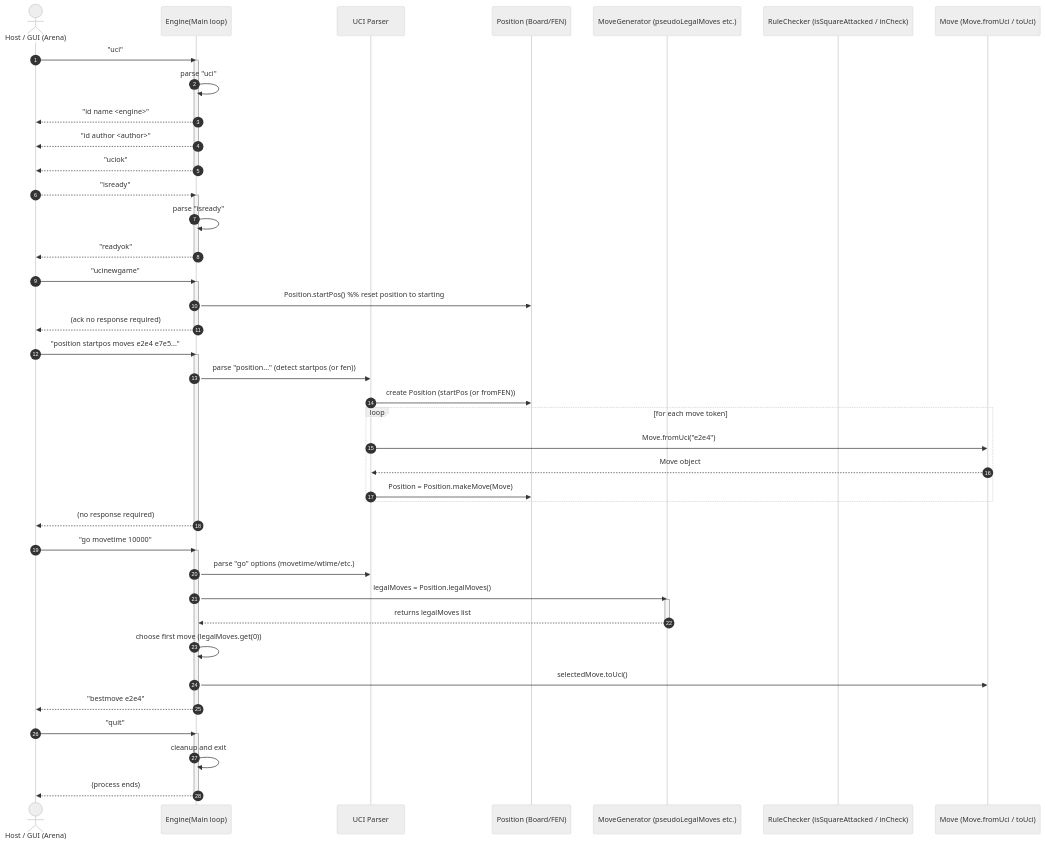
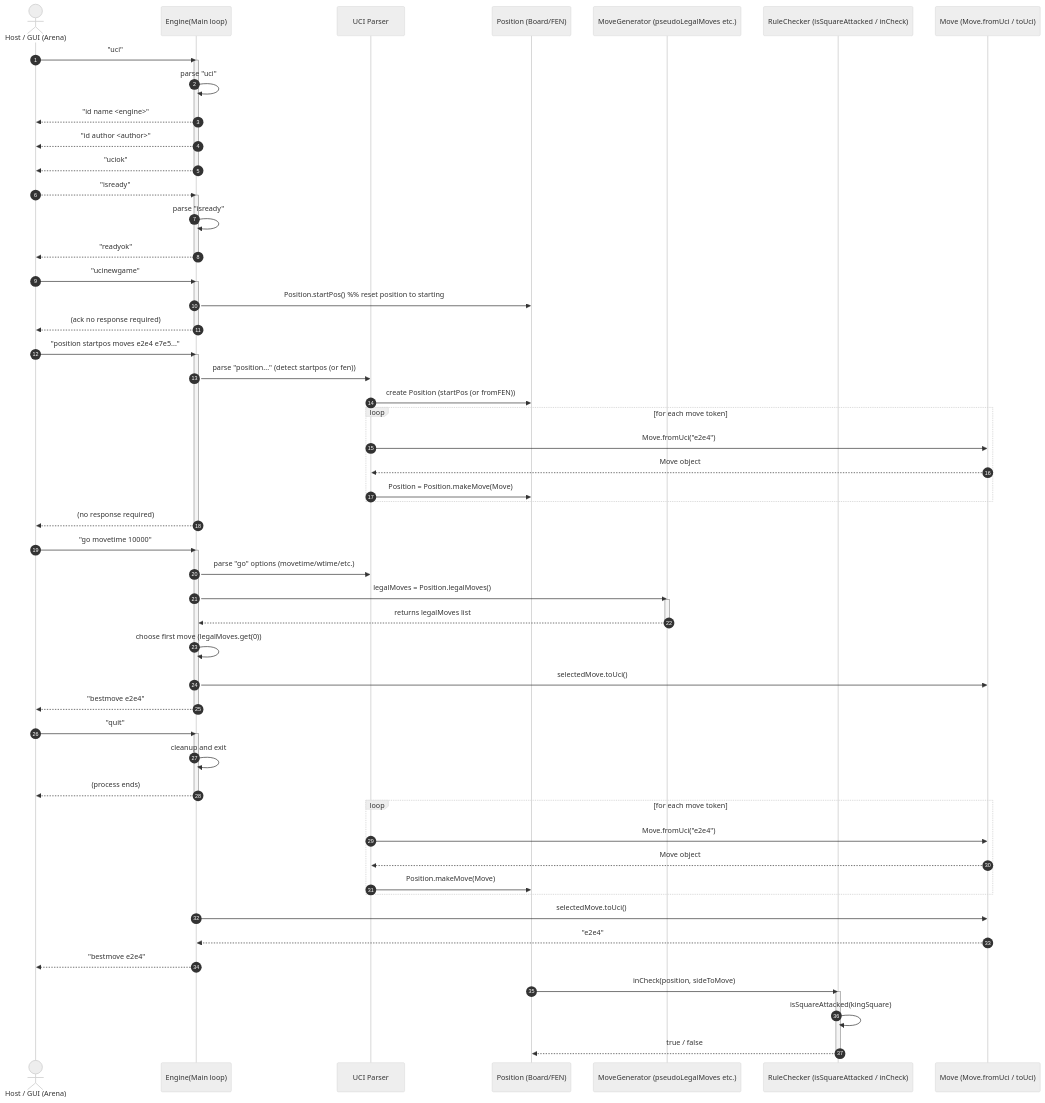
One commit to dkingryan/team-7-github-and-sequence-diagram-assignment changed the diagram in SequenceDiagram.md. Above: the diagram before and after it, drawn with Mermaid (neutral theme).

Commit message:
added issac changes

````diff
--- a/SequenceDiagram.md
+++ b/SequenceDiagram.md
@@ -72,5 +72,20 @@
     Engine -->> Host: (process ends)
     deactivate Engine
 
+    loop for each move token
+    Parser ->> MoveObj: Move.fromUci("e2e4")
+    MoveObj -->> Parser: Move object
+    Parser ->> Position: Position.makeMove(Move)
+    end
+    
+    Engine ->> MoveObj: selectedMove.toUci()
+    MoveObj -->> Engine: "e2e4"
+    Engine -->> Host: "bestmove e2e4"
+    
+    Position ->> Rule: inCheck(position, sideToMove)
+    activate Rule
+    Rule ->> Rule: isSquareAttacked(kingSquare)
+    Rule -->> Position: true / false
+    deactivate Rule
 
 ```
````
